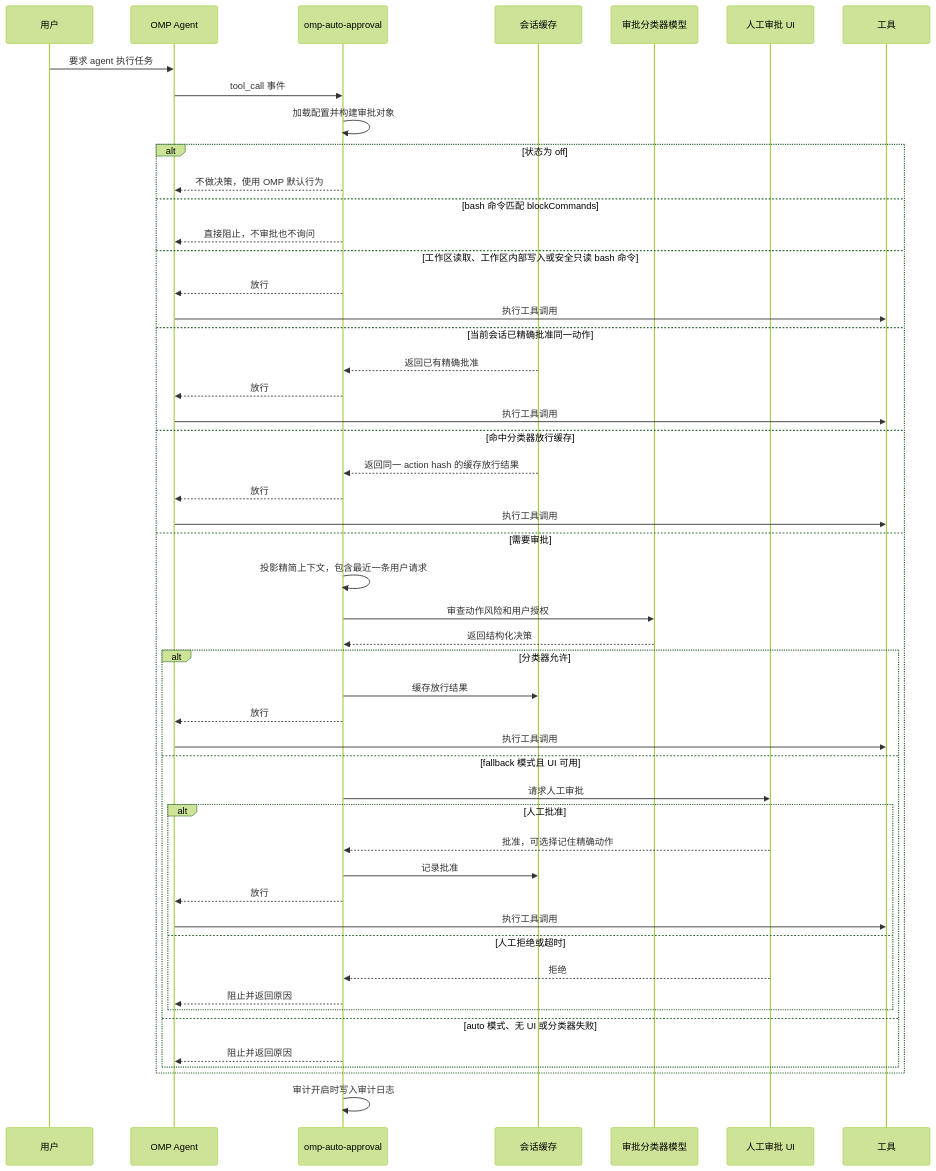
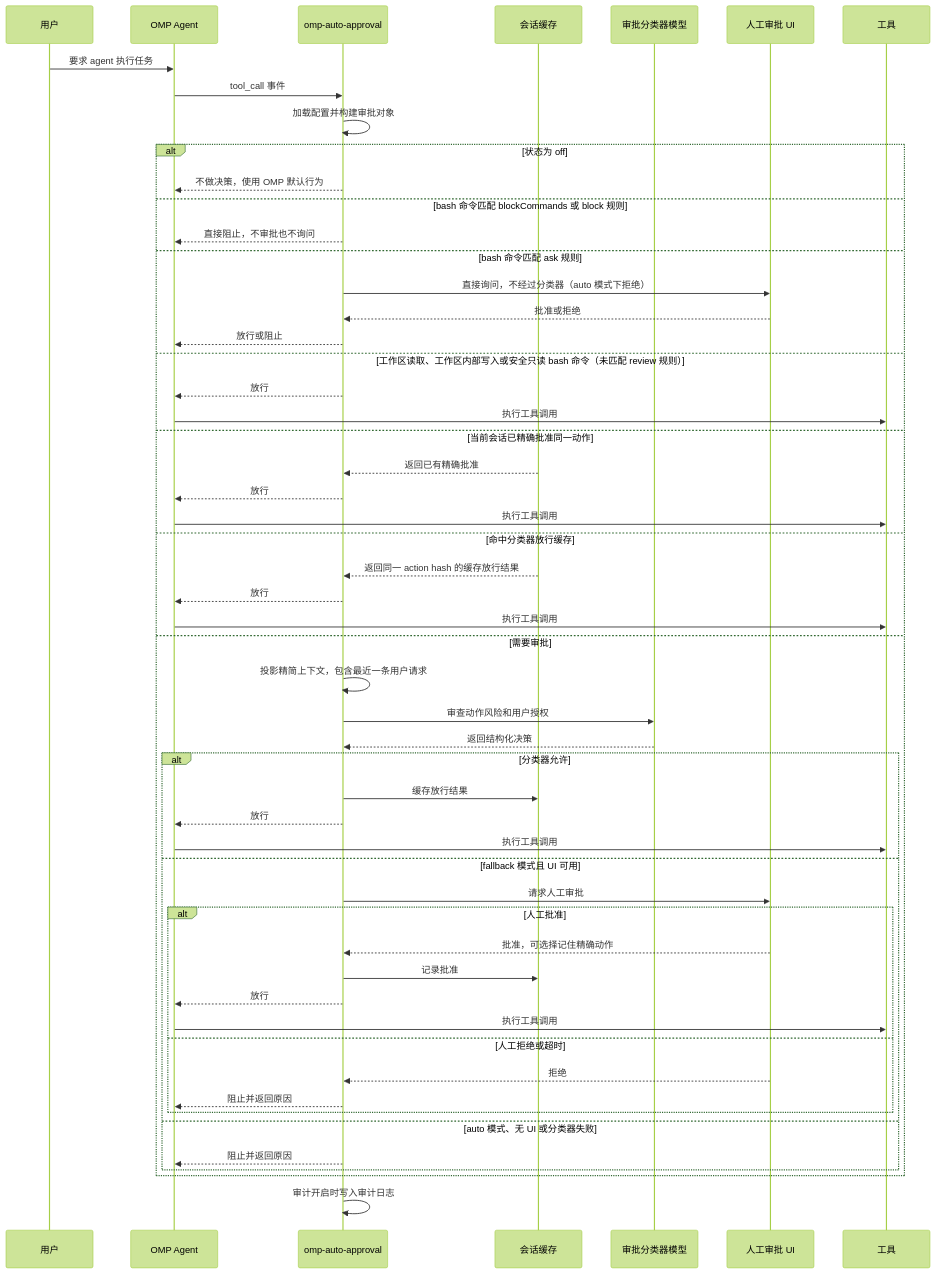
The diagram in README.zh-CN.md (sthetz/omp-auto-approval), drawn with Mermaid (forest theme) before and after one commit. The commit also changed other lines of this file and 5 other files, not shown here.

````diff
--- a/README.zh-CN.md
+++ b/README.zh-CN.md
@@ -74,56 +75,60 @@
 ```mermaid
 sequenceDiagram
     participant User as 用户
     participant OMP as OMP Agent
     participant Ext as omp-auto-approval
     participant Store as 会话缓存
     participant Classifier as 审批分类器模型
     participant Human as 人工审批 UI
     participant Tool as 工具
 
     User->>OMP: 要求 agent 执行任务
     OMP->>Ext: tool_call 事件
     Ext->>Ext: 加载配置并构建审批对象
 
     alt 状态为 off
         Ext-->>OMP: 不做决策，使用 OMP 默认行为
-    else bash 命令匹配 blockCommands
+    else bash 命令匹配 blockCommands 或 block 规则
         Ext-->>OMP: 直接阻止，不审批也不询问
-    else 工作区读取、工作区内部写入或安全只读 bash 命令
+    else bash 命令匹配 ask 规则
+        Ext->>Human: 直接询问，不经过分类器（auto 模式下拒绝）
+        Human-->>Ext: 批准或拒绝
+        Ext-->>OMP: 放行或阻止
+    else 工作区读取、工作区内部写入或安全只读 bash 命令（未匹配 review 规则）
         Ext-->>OMP: 放行
         OMP->>Tool: 执行工具调用
     else 当前会话已精确批准同一动作
         Store-->>Ext: 返回已有精确批准
         Ext-->>OMP: 放行
         OMP->>Tool: 执行工具调用
     else 命中分类器放行缓存
         Store-->>Ext: 返回同一 action hash 的缓存放行结果
         Ext-->>OMP: 放行
         OMP->>Tool: 执行工具调用
     else 需要审批
         Ext->>Ext: 投影精简上下文，包含最近一条用户请求
         Ext->>Classifier: 审查动作风险和用户授权
         Classifier-->>Ext: 返回结构化决策
 
         alt 分类器允许
             Ext->>Store: 缓存放行结果
             Ext-->>OMP: 放行
             OMP->>Tool: 执行工具调用
         else fallback 模式且 UI 可用
             Ext->>Human: 请求人工审批
             alt 人工批准
                 Human-->>Ext: 批准，可选择记住精确动作
                 Ext->>Store: 记录批准
                 Ext-->>OMP: 放行
                 OMP->>Tool: 执行工具调用
             else 人工拒绝或超时
                 Human-->>Ext: 拒绝
                 Ext-->>OMP: 阻止并返回原因
             end
         else auto 模式、无 UI 或分类器失败
             Ext-->>OMP: 阻止并返回原因
         end
     end
 
     Ext->>Ext: 审计开启时写入审计日志
 ```
````
